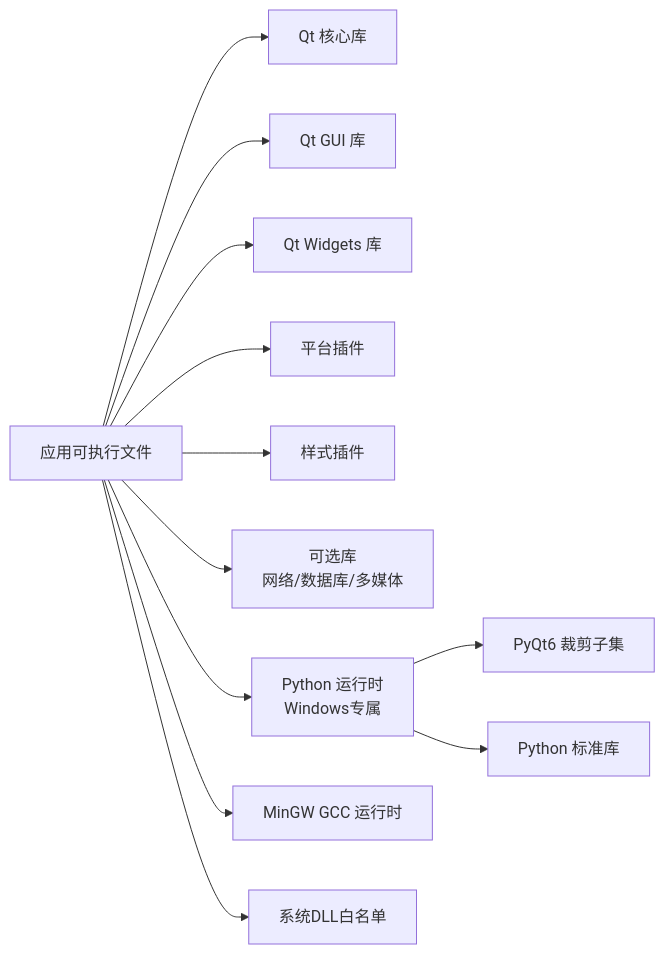
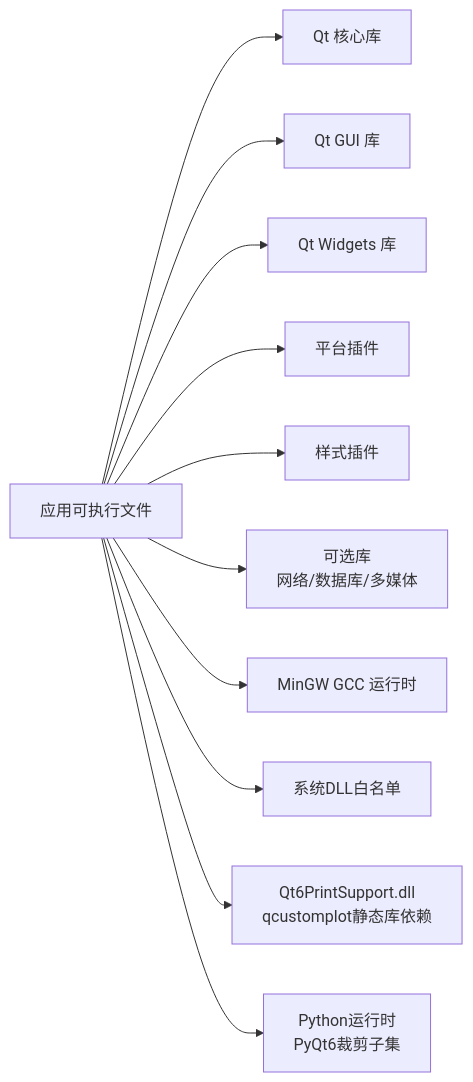
One commit to jakecai1225-design/OpenBus changed the third of 3 diagrams in .qoder/repowiki/zh/content/构建和部署/打包和部署.md. Above: the diagram before and after it, drawn with Mermaid. The commit also changed other lines of this file and 151 other files, not shown here.

````diff
--- a/.qoder/repowiki/zh/content/构建和部署/打包和部署.md
+++ b/.qoder/repowiki/zh/content/构建和部署/打包和部署.md
@@ -265,14 +296,13 @@
 ```mermaid
 graph LR
 App["应用可执行文件"] --> QtCore["Qt 核心库"]
 App --> QtGui["Qt GUI 库"]
 App --> QtWidgets["Qt Widgets 库"]
 App --> PlatformPlugin["平台插件"]
 App --> StylePlugin["样式插件"]
 App --> OptionalLib["可选库<br/>网络/数据库/多媒体"]
-App --> PythonRuntime["Python 运行时<br/>Windows专属"]
-PythonRuntime --> PyQt6["PyQt6 裁剪子集"]
-PythonRuntime --> StdLib["Python 标准库"]
 App --> MinGWRuntime["MinGW GCC 运行时"]
 App --> SystemDLLs["系统DLL白名单"]
+App --> PrintSupport["Qt6PrintSupport.dll<br/>qcustomplot静态库依赖"]
+App --> PythonRuntime["Python运行时<br/>PyQt6裁剪子集"]
 ```
````
